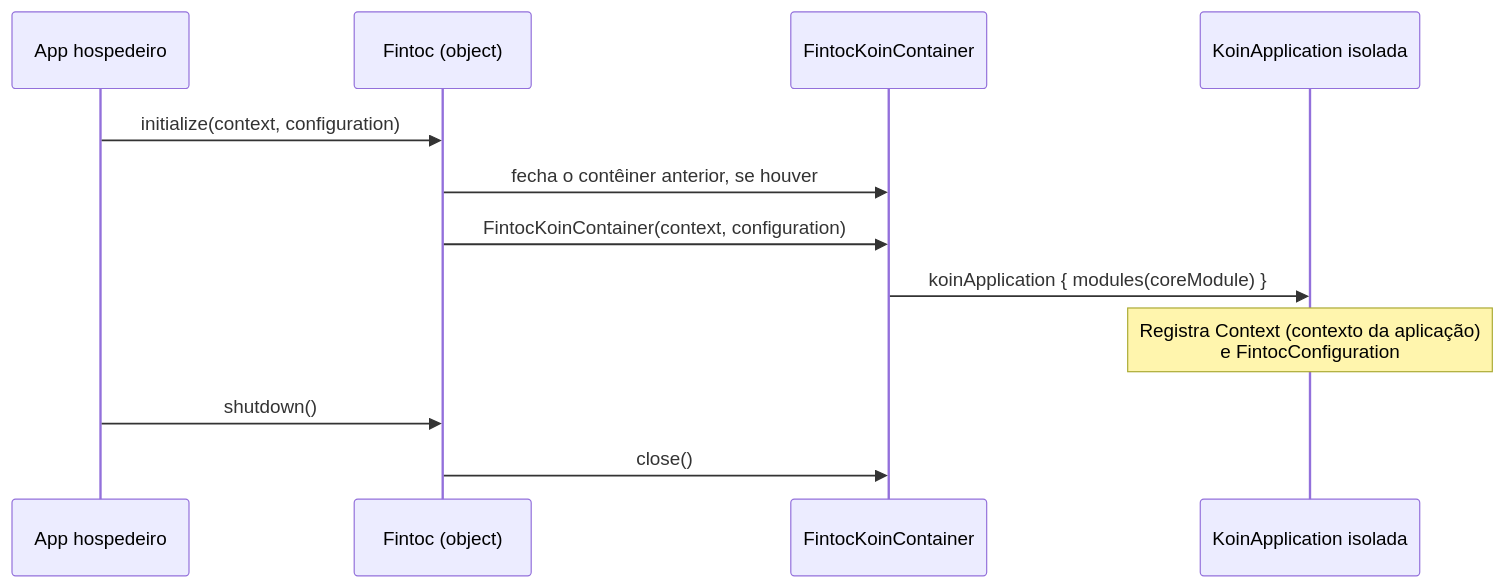
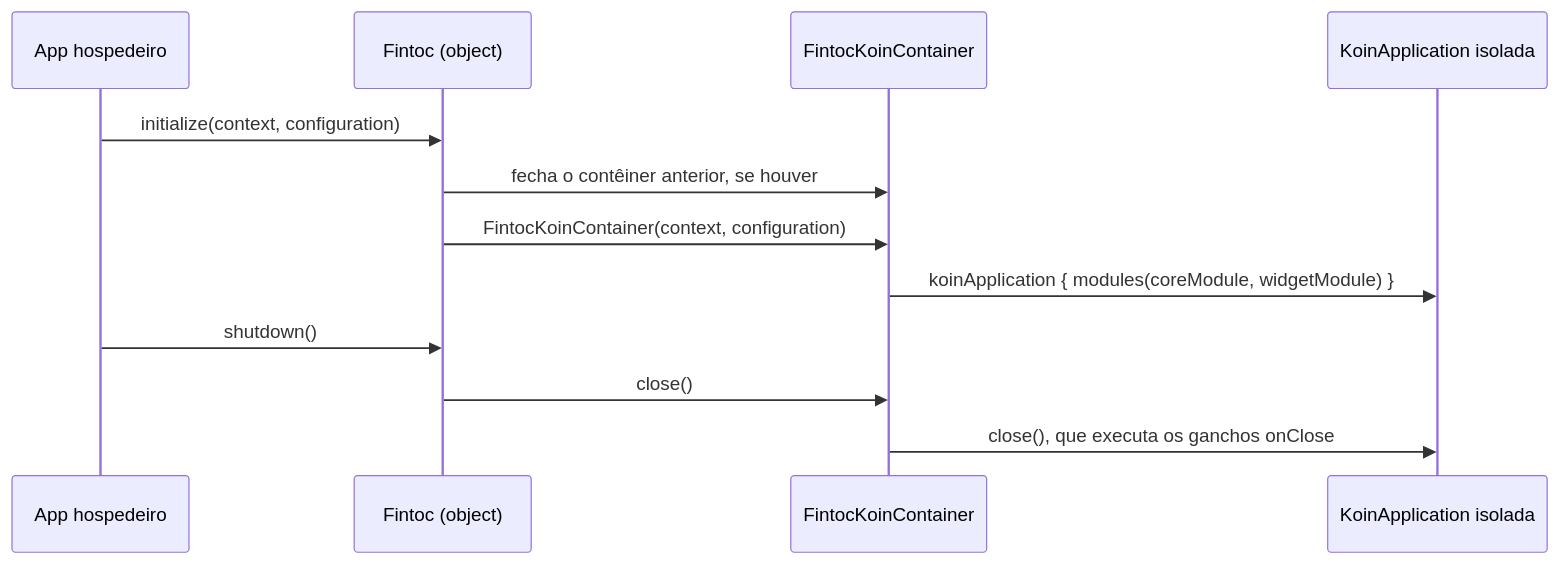
The seventh of 7 diagrams in docs/pt/architecture.md (DEV1-Softworks/fintoc-android), drawn with Mermaid before and after one commit. The commit also changed other lines of this file and 3 other files, not shown here.

First line of the commit message:
docs: describe what the Koin container owns

````diff
--- a/docs/pt/architecture.md
+++ b/docs/pt/architecture.md
@@ -275,15 +275,15 @@
 ```mermaid
 sequenceDiagram
     participant Host as App hospedeiro
     participant Fintoc as Fintoc (object)
     participant Container as FintocKoinContainer
     participant Koin as KoinApplication isolada
 
     Host->>Fintoc: initialize(context, configuration)
     Fintoc->>Container: fecha o contêiner anterior, se houver
     Fintoc->>Container: FintocKoinContainer(context, configuration)
-    Container->>Koin: koinApplication { modules(coreModule) }
-    Note over Koin: Registra Context (contexto da aplicação)<br/>e FintocConfiguration
+    Container->>Koin: koinApplication { modules(coreModule, widgetModule) }
     Host->>Fintoc: shutdown()
     Fintoc->>Container: close()
+    Container->>Koin: close(), que executa os ganchos onClose
 ```
````
